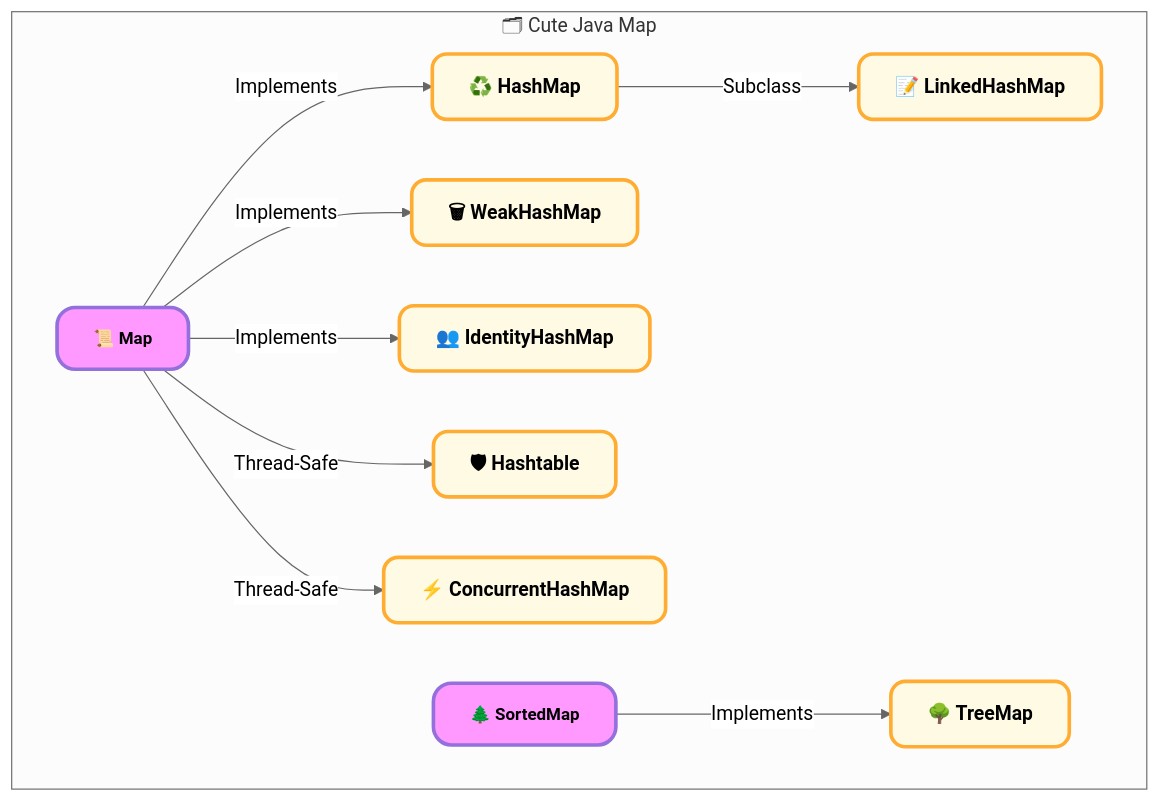
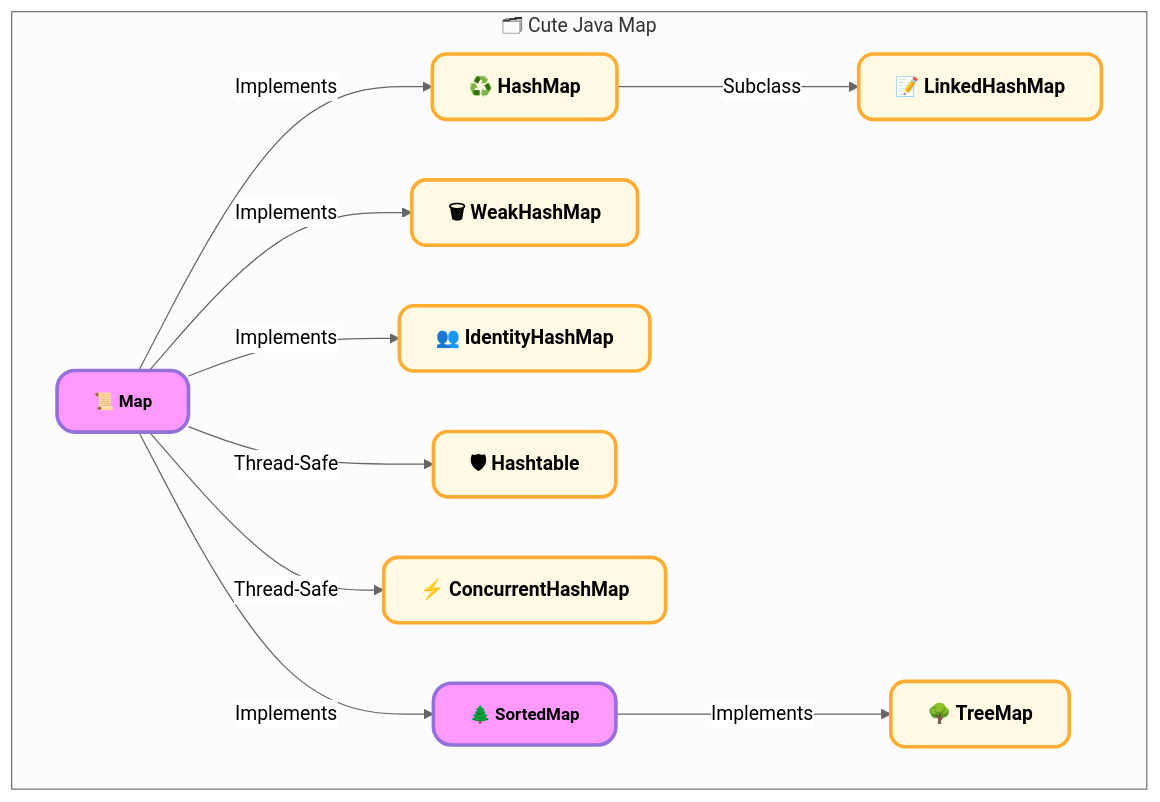
Before and after one commit to zerototwo/document: the second of 2 diagrams in java/java-ji-he/java-ji-he-fen-lei.md, drawn with Mermaid (neutral theme).

Commit message:
GITBOOK-37: No subject

````diff
--- a/java/java-ji-he/java-ji-he-fen-lei.md
+++ b/java/java-ji-he/java-ji-he-fen-lei.md
@@ -63,23 +63,28 @@
 ```mermaid
 graph TD;
+
+    %% 🗂 Cute Java Map
     subgraph "🗂 Cute Java Map"
         M1["📜 <b>Map</b>"]
         M2["🌲 <b>SortedMap</b>"]
         
         M1 -->|Implements| M3["♻️ <b>HashMap</b>"]
         M3 -->|Subclass| M4["📝 <b>LinkedHashMap</b>"]
         M1 -->|Implements| M5["🗑 <b>WeakHashMap</b>"]
         M1 -->|Implements| M6["👥 <b>IdentityHashMap</b>"]
         M1 -->|Thread-Safe| M7["🛡 <b>Hashtable</b>"]
         M1 -->|Thread-Safe| M8["⚡ <b>ConcurrentHashMap</b>"]
+
+        %% 🔥 Fix: SortedMap Implements Map
+        M1 -->|Implements| M2
         M2 -->|Implements| M9["🌳 <b>TreeMap</b>"]
     end
 
-    %% Q版样式
+    %% 🌈 Cute Styling (Q版可爱风格)
     classDef qStyle fill:#f9f,stroke:#9370DB,stroke-width:3px,rx:15px,ry:15px,shadow:3px,font-size:14px;
     classDef mapStyle fill:#FFFAE3,stroke:#FFAC33,stroke-width:3px,rx:12px,ry:12px,shadow:5px,font-size:16px,font-weight:bold;
     
-    %% 应用样式
+    %% 🎨 Apply Cute Styles
     class M1,M2 qStyle;
     class M3,M4,M5,M6,M7,M8,M9 mapStyle;
 ```
````
